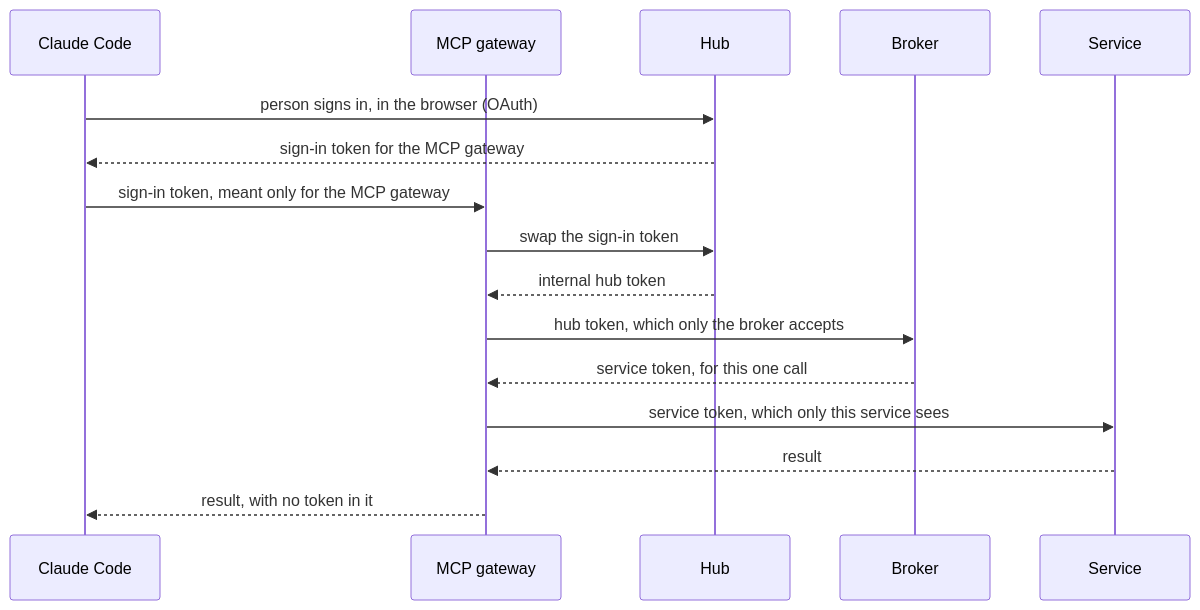
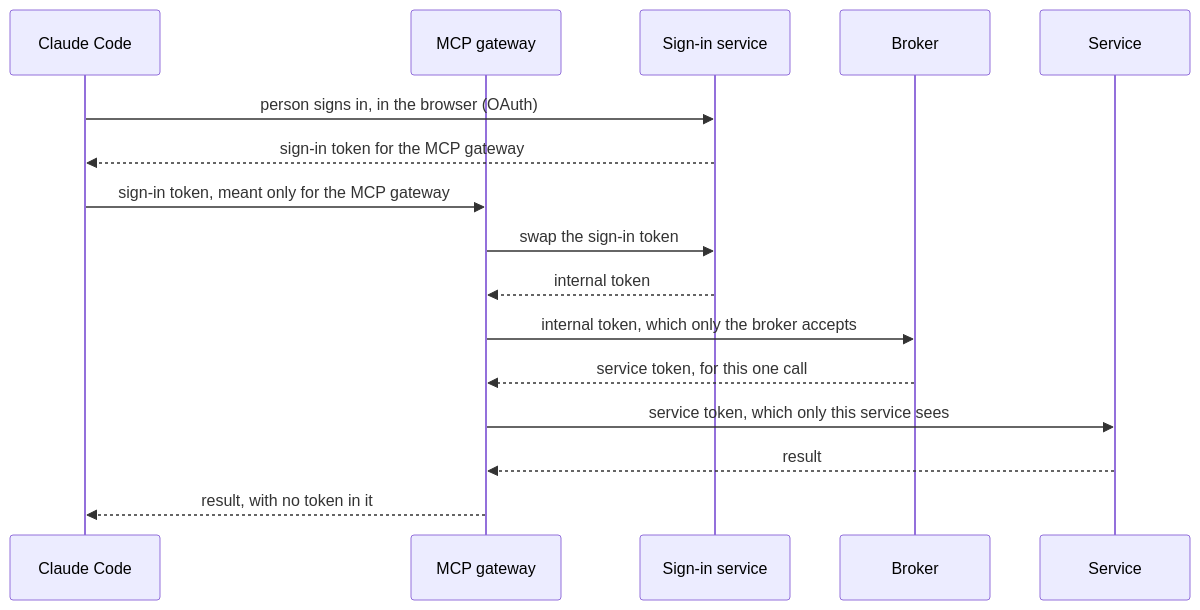
One commit to chief-builder/vendor-token-broker changed the second of 5 diagrams in docs/overview.md. Above: the diagram before and after it, drawn with Mermaid. The commit also changed other lines of this file and 1 other file, not shown here.

Commit message:
docs: show the sign-in service in the first-use flow

````diff
--- a/docs/overview.md
+++ b/docs/overview.md
@@ -50,18 +50,18 @@
 ```mermaid
 sequenceDiagram
     participant C as Claude Code
     participant G as MCP gateway
-    participant H as Hub
+    participant H as Sign-in service
     participant B as Broker
     participant S as Service
     C->>H: person signs in, in the browser (OAuth)
     H-->>C: sign-in token for the MCP gateway
     C->>G: sign-in token, meant only for the MCP gateway
     G->>H: swap the sign-in token
-    H-->>G: internal hub token
-    G->>B: hub token, which only the broker accepts
+    H-->>G: internal token
+    G->>B: internal token, which only the broker accepts
     B-->>G: service token, for this one call
     G->>S: service token, which only this service sees
     S-->>G: result
     G-->>C: result, with no token in it
 ```
````
